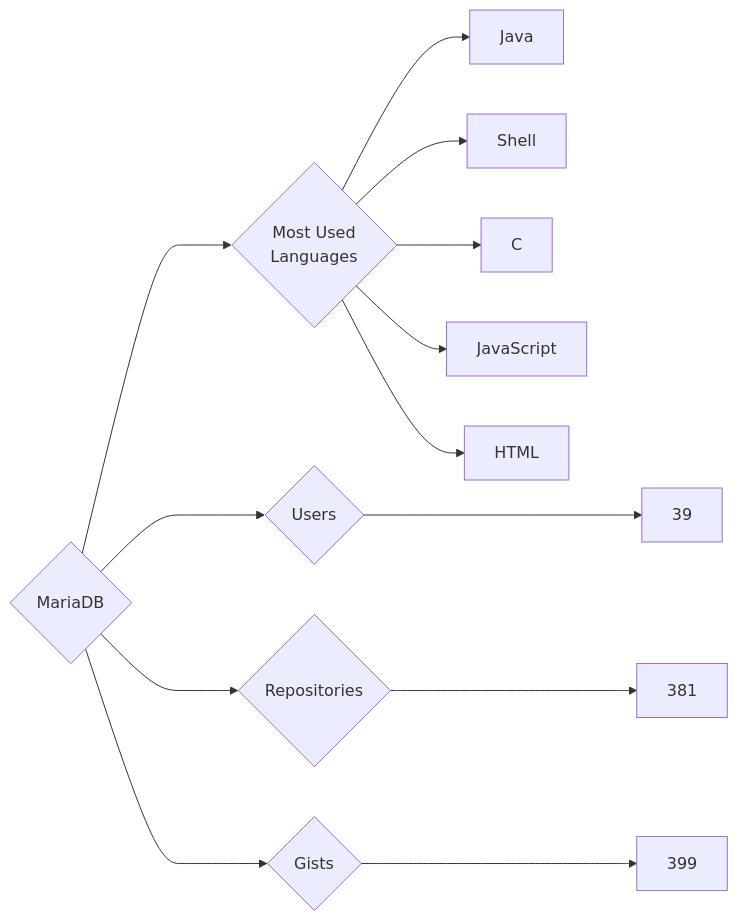
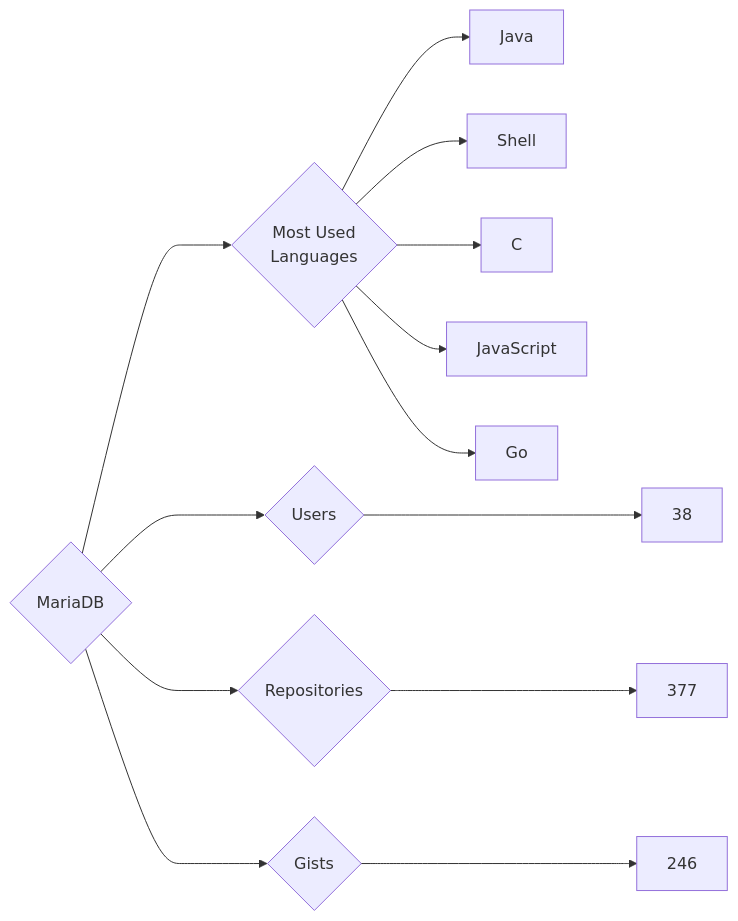
Before and after one commit to trickest/insiders: the diagram in targets/MariaDB/README.md, drawn with Mermaid. The commit also changed 715 other files, not shown here.

````diff
--- a/targets/MariaDB/README.md
+++ b/targets/MariaDB/README.md
@@ -3,13 +3,13 @@
 ```mermaid
 graph LR
 COMPANY_NAME{MariaDB}
-COMPANY_NAME ---> U{Users} ---> UN[39]
-COMPANY_NAME ---> R{Repositories} ---> RN[381]
-COMPANY_NAME ---> G{Gists} ---> GN[399]
+COMPANY_NAME ---> U{Users} ---> UN[38]
+COMPANY_NAME ---> R{Repositories} ---> RN[377]
+COMPANY_NAME ---> G{Gists} ---> GN[246]
 COMPANY_NAME ---> ML{Most Used<br>Languages}
 ML --> Java[Java]
 ML --> Shell[Shell]
 ML --> C[C]
 ML --> JavaScript[JavaScript]
-ML --> HTML[HTML]
+ML --> Go[Go]
 ```
````
